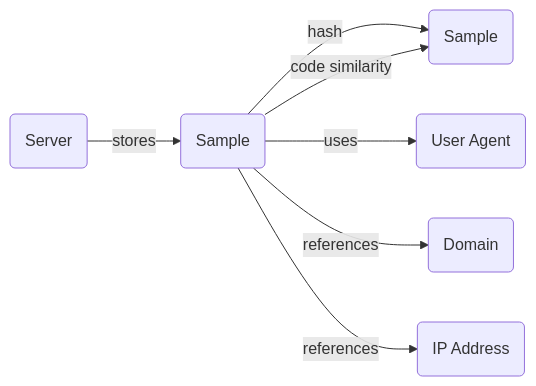
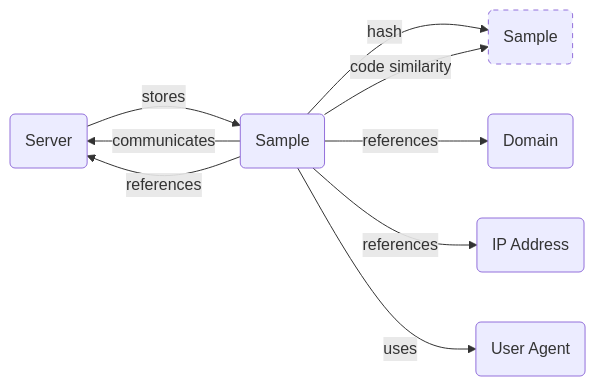
The diagram in docs/artifacts/sample.md (korniko98/pivot-atlas), drawn with Mermaid before and after one commit. The commit also changed other lines of this file and 7 other files, not shown here.

````diff
--- a/docs/artifacts/sample.md
+++ b/docs/artifacts/sample.md
@@ -35,13 +31,22 @@
 	```mermaid
 	flowchart LR
-		SERVER("Server") -- stores --> SAMPLE("Sample")
-		SAMPLE -- hash --> SAMPLE_("Sample")
-		SAMPLE -- uses --> USER_AGENT("User Agent")
+		classDef secondary stroke-dasharray: 5 5
+		
+		%% define nodes
+		IP_ADDRESS(IP Address)
+		DOMAIN(Domain)
+		SERVER(Server)
+		SAMPLE(Sample)
+		USER_AGENT(User Agent)
+		SAMPLE_(Sample):::secondary
+		
+		%% define edges
+		SERVER -- stores --> SAMPLE
+		SAMPLE -- communicates --> SERVER
+		SAMPLE -- references --> SERVER
+		SAMPLE -- hash --> SAMPLE_
 		SAMPLE -- code similarity --> SAMPLE_
-		SAMPLE -- references --> DOMAIN("Domain")
-		SAMPLE -- references --> IP_ADDRESS("IP Address")
-		click SERVER "#servers"
-		click SAMPLE "#samples"
-		click DOMAIN "#domains"
-		click IP_ADDRESS "#ip-addresses"
+		SAMPLE -- references --> DOMAIN
+		SAMPLE -- references --> IP_ADDRESS
+		SAMPLE -- uses --> USER_AGENT
 	```
````
